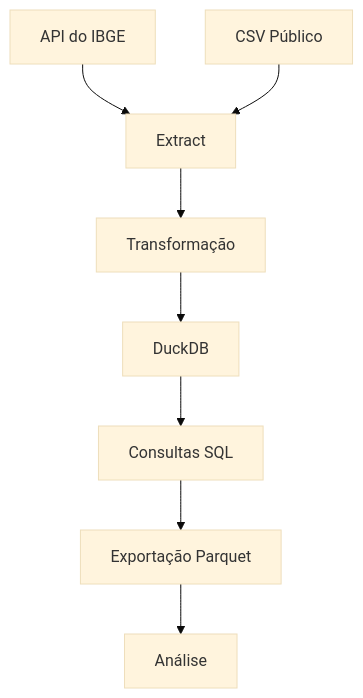
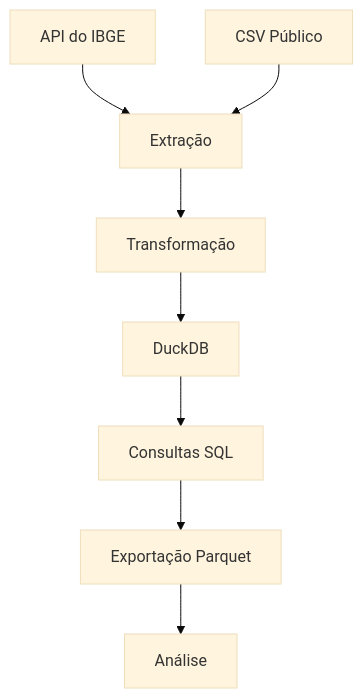
One commit to Nathalia1208/public-data-etl-pipeline changed the diagram in Readme.md. Above: the diagram before and after it, drawn with Mermaid (base theme).

````diff
--- a/Readme.md
+++ b/Readme.md
@@ -34,10 +34,10 @@
 ```mermaid
 flowchart TD
-    A[API do IBGE] --> B[Extract]
+    A[API do IBGE] --> B[Extração]
     C[CSV Público] --> B
     B --> D[Transformação]
     D --> E[DuckDB]
     E --> F[Consultas SQL]
     F --> G[Exportação Parquet]
     G --> H[Análise]
 ```
````
